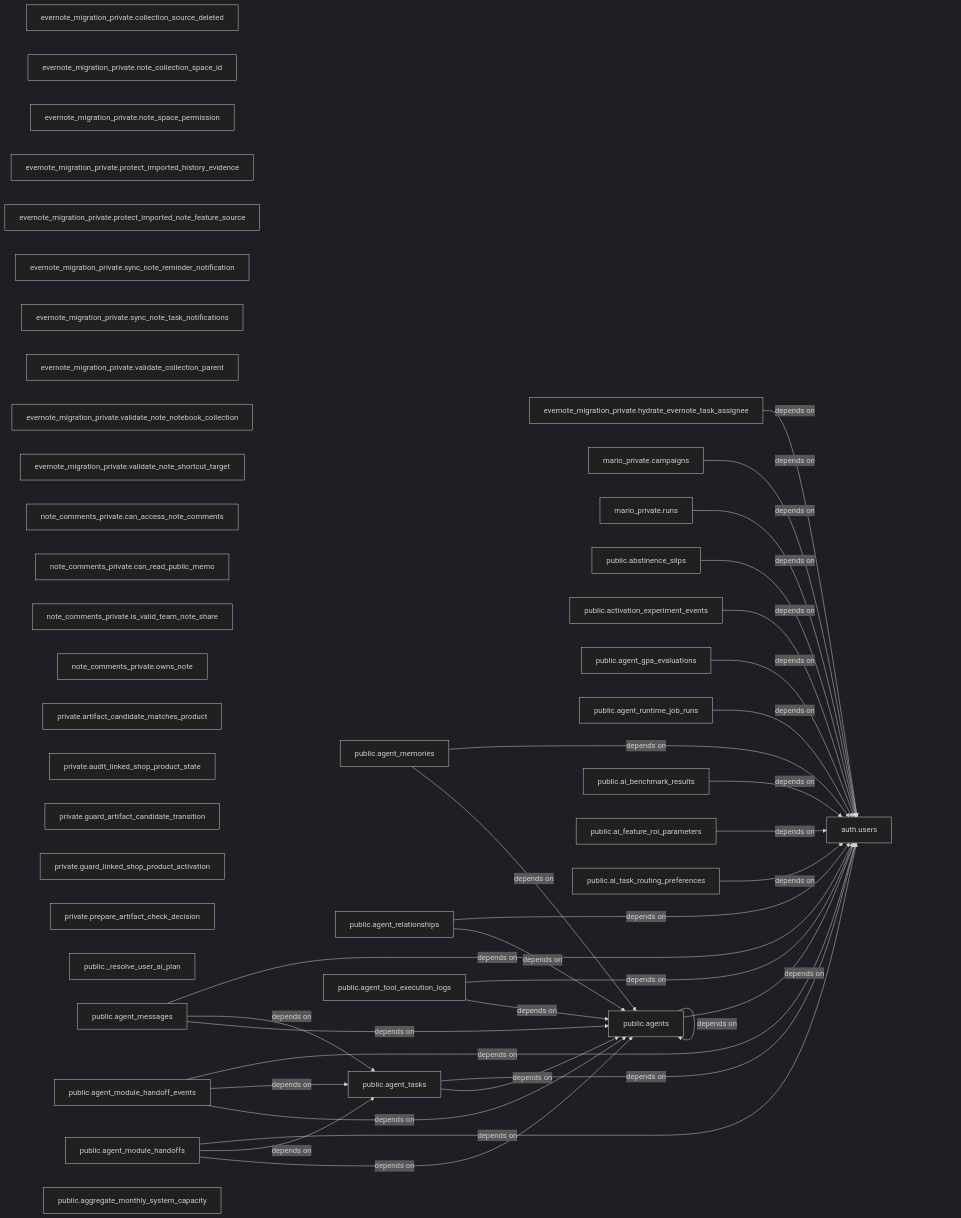
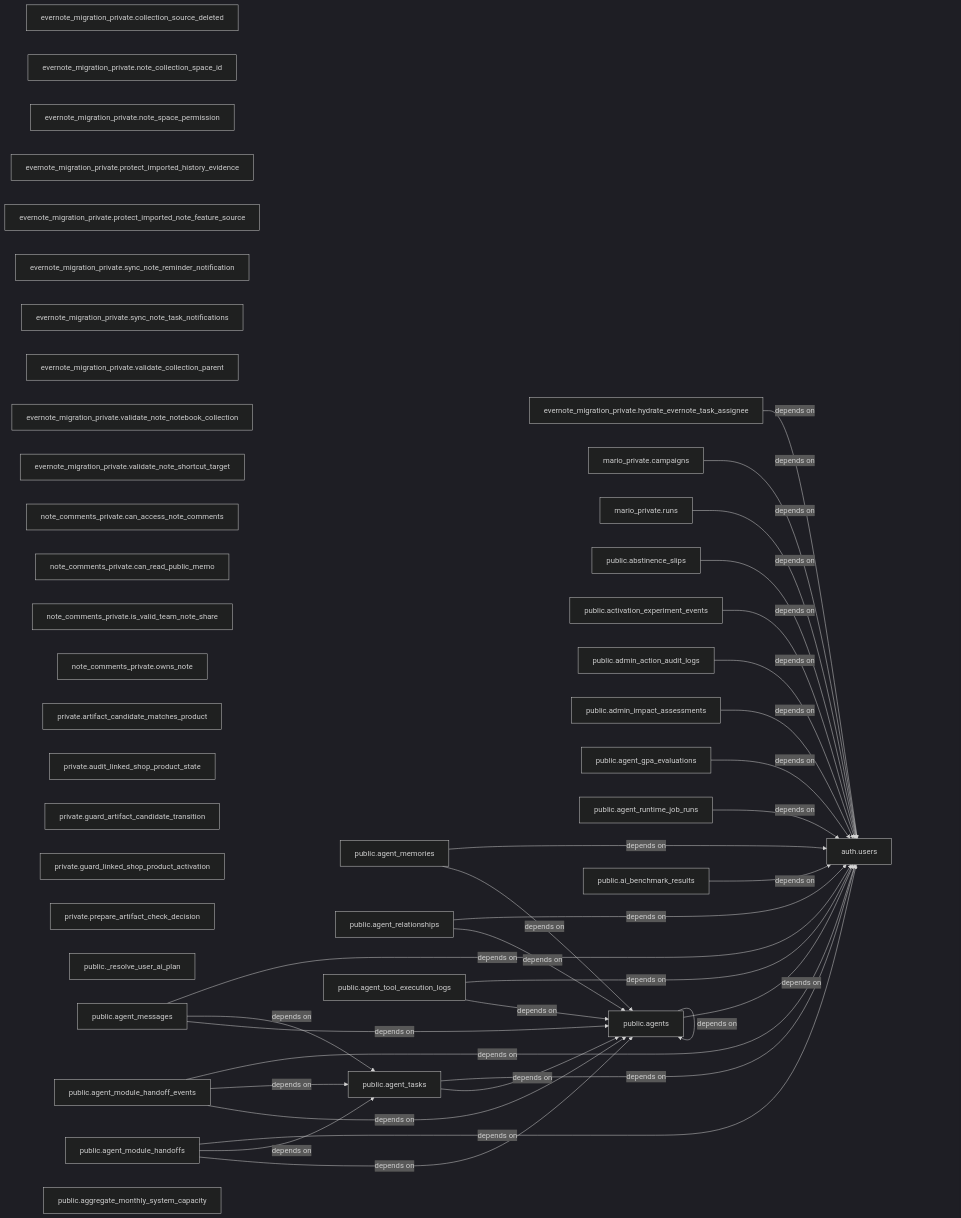
The second of 2 diagrams in docs/generated/INFRASTRUCTURE_MAP.md (kanta13jp1/my_web_app), drawn with Mermaid (dark theme) before and after one commit. The commit also changed other lines of this file and 4 other files, not shown here.

````diff
--- a/docs/generated/INFRASTRUCTURE_MAP.md
+++ b/docs/generated/INFRASTRUCTURE_MAP.md
@@ -25,72 +25,72 @@
 ```mermaid
 flowchart LR
   r_83903ee32b["auth.users"]
   r_d88f3b84ca["evernote_migration_private.collection_source_deleted"]
   r_73c4f41def["evernote_migration_private.hydrate_evernote_task_assignee"]
   r_ffb672200f["evernote_migration_private.note_collection_space_id"]
   r_769d2844f9["evernote_migration_private.note_space_permission"]
   r_c5d14536e4["evernote_migration_private.protect_imported_history_evidence"]
   r_61ee01a06e["evernote_migration_private.protect_imported_note_feature_source"]
   r_39663d015d["evernote_migration_private.sync_note_reminder_notification"]
   r_7003e30ffb["evernote_migration_private.sync_note_task_notifications"]
   r_cb340cb8d0["evernote_migration_private.validate_collection_parent"]
   r_83b4367884["evernote_migration_private.validate_note_notebook_collection"]
   r_cf19f1c46f["evernote_migration_private.validate_note_shortcut_target"]
   r_ac500aabc1["mario_private.campaigns"]
   r_c3130a4a16["mario_private.runs"]
   r_6bb9d6715b["note_comments_private.can_access_note_comments"]
   r_925c771fa1["note_comments_private.can_read_public_memo"]
   r_5eb21972d5["note_comments_private.is_valid_team_note_share"]
   r_e8169db4ad["note_comments_private.owns_note"]
   r_8191971c00["private.artifact_candidate_matches_product"]
   r_e1862b1f50["private.audit_linked_shop_product_state"]
   r_5a323ff113["private.guard_artifact_candidate_transition"]
   r_f6277383c4["private.guard_linked_shop_product_activation"]
   r_c5201230ed["private.prepare_artifact_check_decision"]
   r_09591299f9["public._resolve_user_ai_plan"]
   r_329fe13cab["public.abstinence_slips"]
   r_baad80ddc1["public.activation_experiment_events"]
+  r_1a31a32345["public.admin_action_audit_logs"]
+  r_5f70eb8b05["public.admin_impact_assessments"]
   r_fbcd5fc165["public.agent_gpa_evaluations"]
   r_7673212bd8["public.agent_memories"]
   r_75122649e6["public.agent_messages"]
   r_033868af7f["public.agent_module_handoff_events"]
   r_999827be17["public.agent_module_handoffs"]
   r_d87b4e9d5a["public.agent_relationships"]
   r_ad4057e3a0["public.agent_runtime_job_runs"]
   r_07696a89a7["public.agent_tasks"]
   r_e4fc606bbb["public.agent_tool_execution_logs"]
   r_b7636f3dcb["public.agents"]
   r_0bb7f8efc2["public.aggregate_monthly_system_capacity"]
   r_e4bcb02f47["public.ai_benchmark_results"]
-  r_1381217d4c["public.ai_feature_roi_parameters"]
-  r_4da936d222["public.ai_task_routing_preferences"]
   r_73c4f41def -->|depends on| r_83903ee32b
   r_ac500aabc1 -->|depends on| r_83903ee32b
   r_c3130a4a16 -->|depends on| r_83903ee32b
   r_329fe13cab -->|depends on| r_83903ee32b
   r_baad80ddc1 -->|depends on| r_83903ee32b
+  r_1a31a32345 -->|depends on| r_83903ee32b
+  r_5f70eb8b05 -->|depends on| r_83903ee32b
   r_fbcd5fc165 -->|depends on| r_83903ee32b
   r_7673212bd8 -->|depends on| r_83903ee32b
   r_7673212bd8 -->|depends on| r_b7636f3dcb
   r_75122649e6 -->|depends on| r_83903ee32b
   r_75122649e6 -->|depends on| r_07696a89a7
   r_75122649e6 -->|depends on| r_b7636f3dcb
   r_033868af7f -->|depends on| r_83903ee32b
   r_033868af7f -->|depends on| r_07696a89a7
   r_033868af7f -->|depends on| r_b7636f3dcb
   r_999827be17 -->|depends on| r_83903ee32b
   r_999827be17 -->|depends on| r_07696a89a7
   r_999827be17 -->|depends on| r_b7636f3dcb
   r_d87b4e9d5a -->|depends on| r_83903ee32b
   r_d87b4e9d5a -->|depends on| r_b7636f3dcb
   r_ad4057e3a0 -->|depends on| r_83903ee32b
   r_07696a89a7 -->|depends on| r_83903ee32b
   r_07696a89a7 -->|depends on| r_b7636f3dcb
   r_e4fc606bbb -->|depends on| r_83903ee32b
   r_e4fc606bbb -->|depends on| r_b7636f3dcb
   r_b7636f3dcb -->|depends on| r_83903ee32b
   r_b7636f3dcb -->|depends on| r_b7636f3dcb
   r_e4bcb02f47 -->|depends on| r_83903ee32b
-  r_1381217d4c -->|depends on| r_83903ee32b
-  r_4da936d222 -->|depends on| r_83903ee32b
 ```
````
